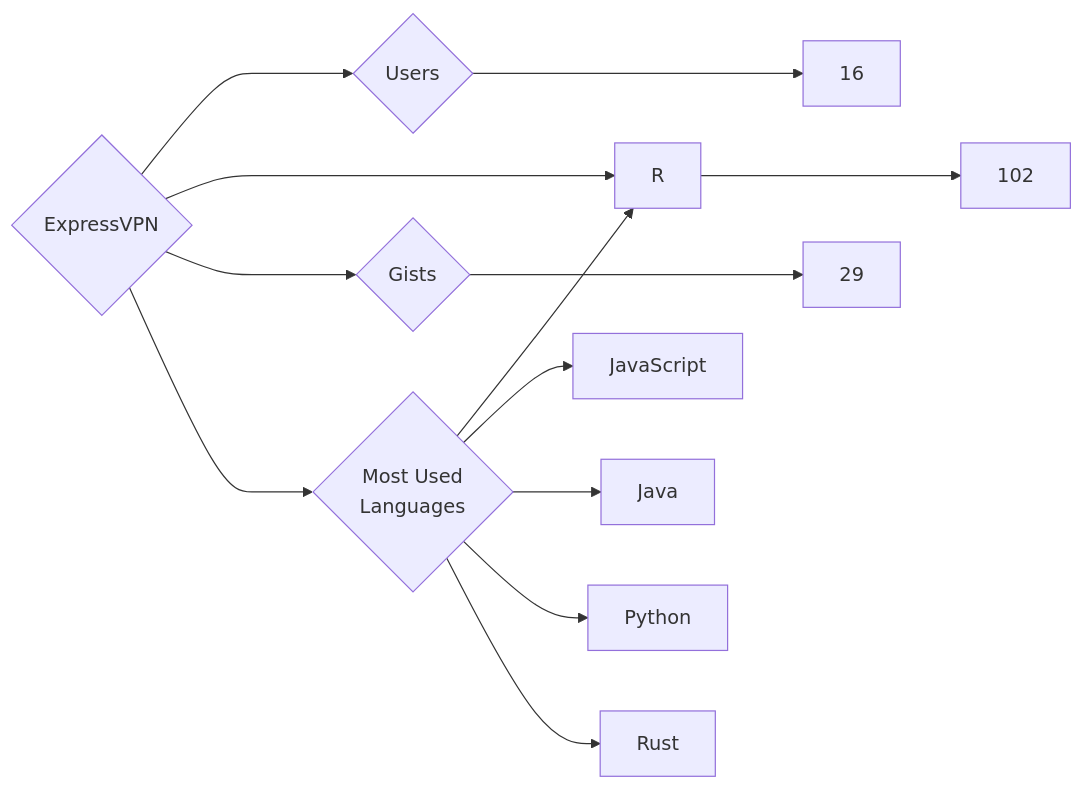
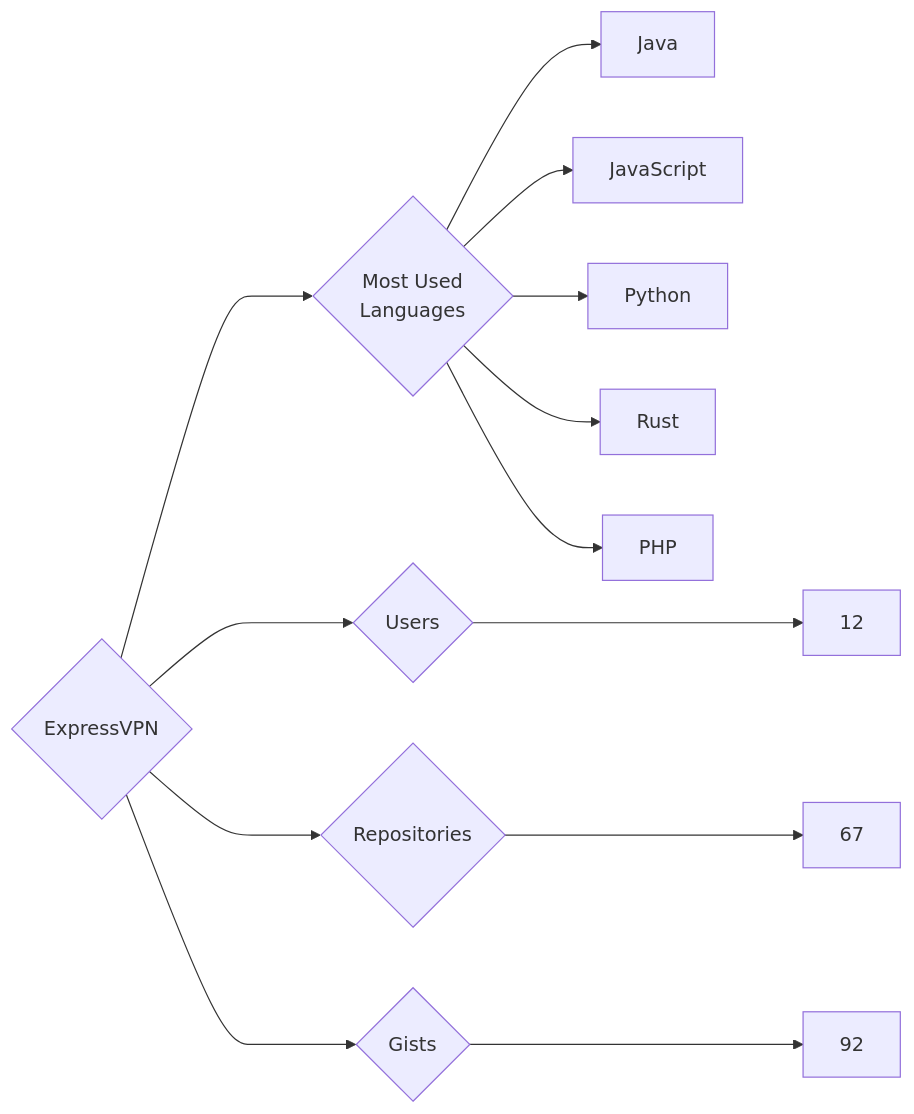
The diagram in targets/ExpressVPN/README.md (trickest/insiders), drawn with Mermaid before and after one commit. The commit also changed 757 other files, not shown here.

````diff
--- a/targets/ExpressVPN/README.md
+++ b/targets/ExpressVPN/README.md
@@ -3,13 +3,13 @@
 ```mermaid
 graph LR
 COMPANY_NAME{ExpressVPN}
-COMPANY_NAME ---> U{Users} ---> UN[16]
-COMPANY_NAME ---> R{Repositories} ---> RN[102]
-COMPANY_NAME ---> G{Gists} ---> GN[29]
+COMPANY_NAME ---> U{Users} ---> UN[12]
+COMPANY_NAME ---> R{Repositories} ---> RN[67]
+COMPANY_NAME ---> G{Gists} ---> GN[92]
 COMPANY_NAME ---> ML{Most Used<br>Languages}
-ML --> R[R]
+ML --> Java[Java]
 ML --> JavaScript[JavaScript]
-ML --> Java[Java]
 ML --> Python[Python]
 ML --> Rust[Rust]
+ML --> PHP[PHP]
 ```
````
